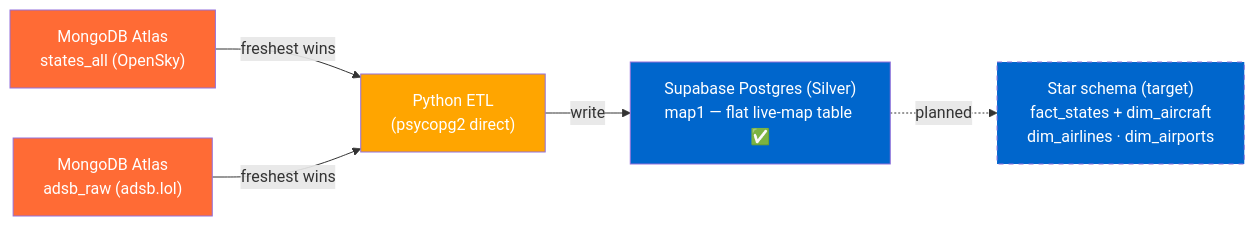
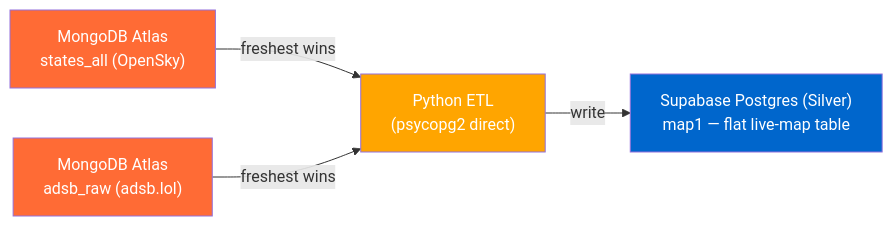
Before and after one commit to MatthiasSails/airline-data-platform: the second of 6 diagrams in docs/architecture/README.md, drawn with Mermaid. The commit also changed other lines of this file and 16 other files, not shown here.

First line of the commit message:
Remove orphaned Jupyter tooling, redesign landing page & architecture docs (#19)

````diff
--- a/docs/architecture/README.md
+++ b/docs/architecture/README.md
@@ -63,15 +60,13 @@
 ```mermaid
 graph LR
     MDB1["MongoDB Atlas<br/>states_all (OpenSky)"]
     MDB2["MongoDB Atlas<br/>adsb_raw (adsb.lol)"]
     MDB1 -->|freshest wins| ETL["Python ETL<br/>(psycopg2 direct)"]
     MDB2 -->|freshest wins| ETL
-    ETL -->|write| PG["Supabase Postgres (Silver)<br/>map1 — flat live-map table ✅"]
-    PG -.->|planned| STAR["Star schema (target)<br/>fact_states + dim_aircraft<br/>dim_airlines · dim_airports"]
+    ETL -->|write| PG["Supabase Postgres (Silver)<br/>map1 — flat live-map table"]
 
     style MDB1 fill:#FF6B35,color:#fff
     style MDB2 fill:#FF6B35,color:#fff
     style ETL fill:#FFA500,color:#fff
     style PG fill:#0066CC,color:#fff
-    style STAR fill:#0066CC,color:#fff,stroke-dasharray:5 5
 ```
````
